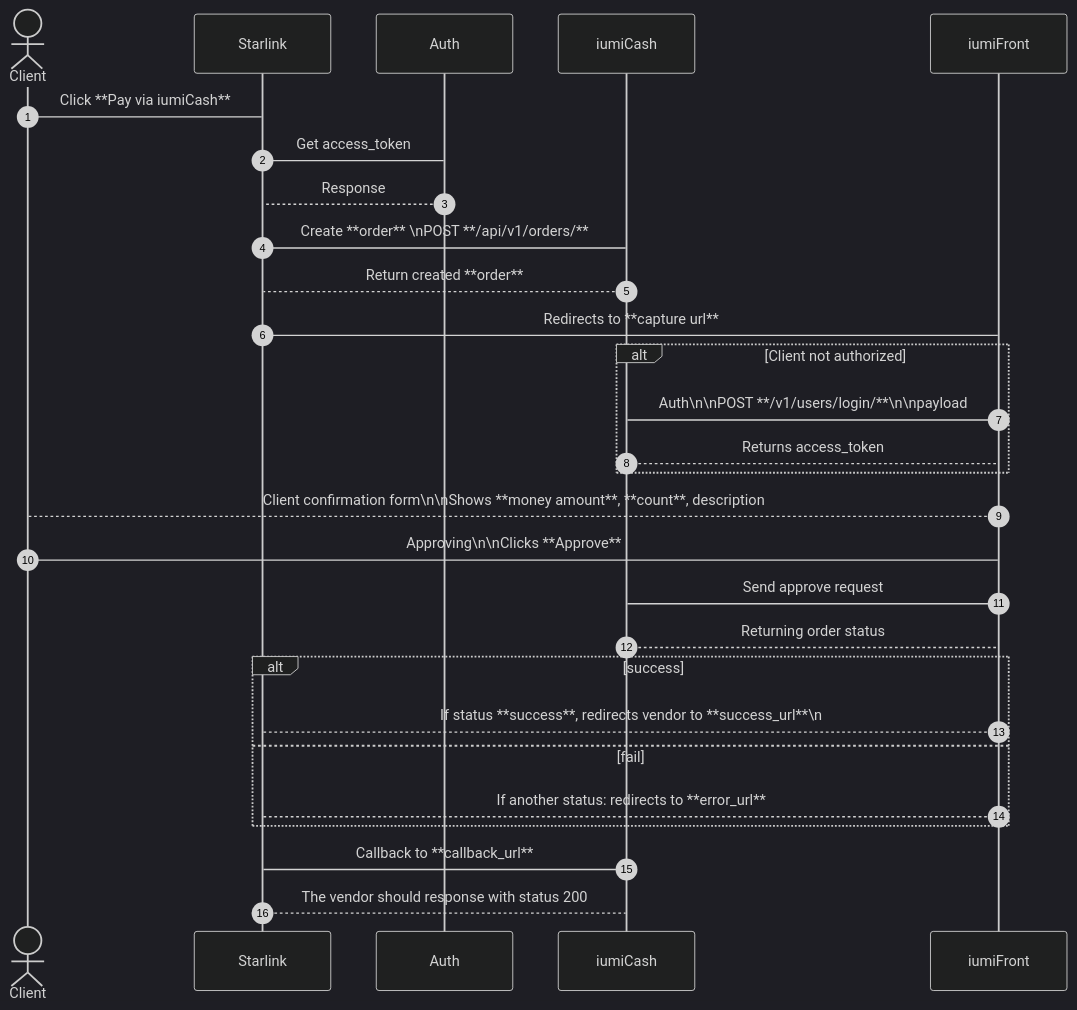
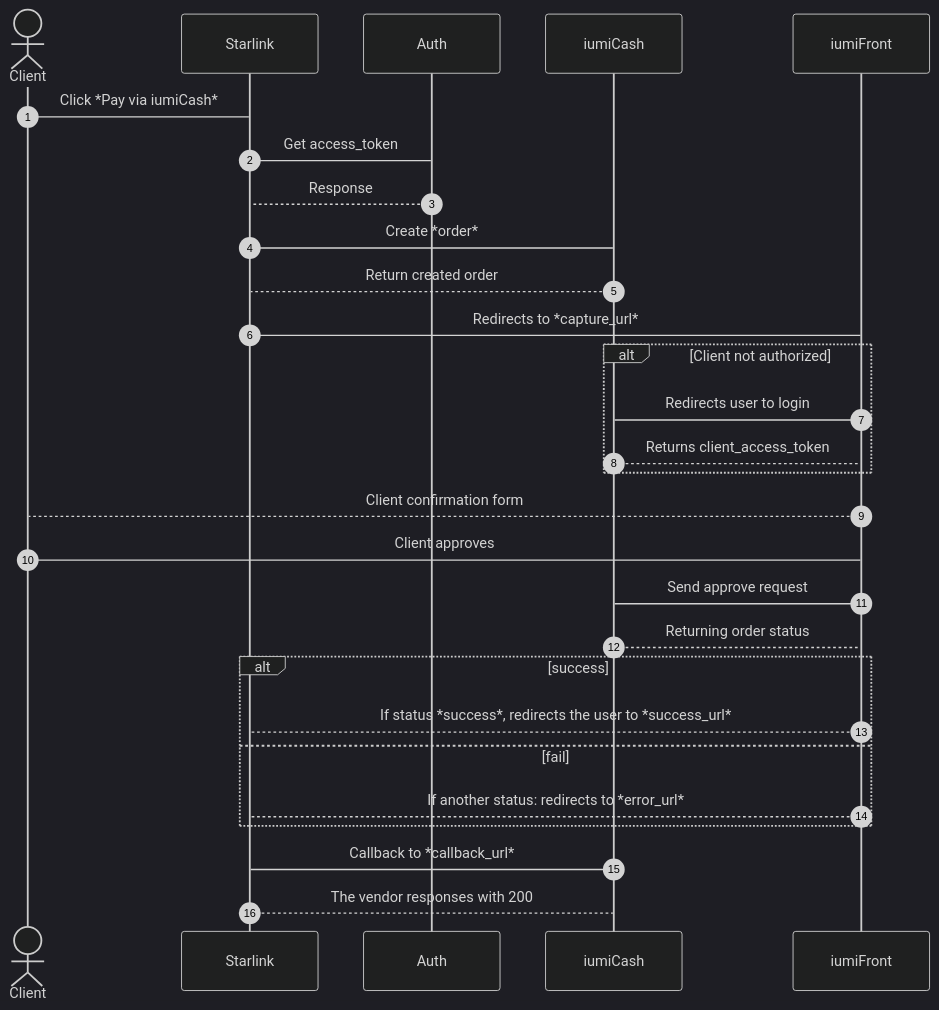
Before and after one commit to iumiCash/iumiCash.github.io: the diagram in docs/diagrams/onetime.md, drawn with Mermaid (dark theme). The commit also changed other lines of this file and 1 other file, not shown here.

Commit message:
one-time payment flow diagram

````diff
--- a/docs/diagrams/onetime.md
+++ b/docs/diagrams/onetime.md
@@ -6,40 +8,39 @@
-```mermaid
-sequenceDiagram
-    autonumber
+    ```mermaid
+    sequenceDiagram
+        autonumber
 
-    actor Client
+        actor Client
 
-    participant Starlink
-    participant Auth
-    participant iumiCash
-    participant iumiFront
+        participant Starlink
+        participant Auth
+        participant iumiCash
+        participant iumiFront
 
-    Client->Starlink:Click **Pay via iumiCash**
+        Client->Starlink: Click *Pay via iumiCash*
 
-    Starlink->Auth:Get access_token
-    Auth-->Starlink:Response
+        Starlink->Auth: Get access_token
+        Auth-->Starlink: Response
 
-    Starlink->iumiCash:Create **order** \nPOST **/api/v1/orders/**
-    iumiCash-->Starlink:Return created **order**
+        Starlink->iumiCash:Create *order*
+        iumiCash-->Starlink:Return created order
 
+        Starlink->iumiFront: Redirects to *capture_url*
+        alt Client not authorized
+        iumiFront->iumiCash: Redirects user to login
+        iumiCash-->iumiFront: Returns client_access_token
+        end
+        iumiFront-->Client: Client confirmation form
+        Client->iumiFront: Client approves
 
-    Starlink->iumiFront: Redirects to **capture url**
-    alt Client not authorized
-    iumiFront->iumiCash: Auth\n\nPOST **/v1/users/login/**\n\npayload
-    iumiCash-->iumiFront: Returns access_token
-    end
-    iumiFront-->Client:Client confirmation form\n\nShows **money amount**, **count**, description
-    Client->iumiFront:Approving\n\nClicks **Approve**
+        iumiFront->iumiCash: Send approve request
+        iumiCash-->iumiFront: Returning order status
+        alt success
+        iumiFront-->Starlink: If status *success*, redirects the user to *success_url*
+        else fail
+        iumiFront-->Starlink: If another status: redirects to *error_url* 
+        end
 
-    iumiFront->iumiCash:Send approve request
-    iumiCash-->iumiFront:Returning order status
-    alt success
-    iumiFront-->Starlink:If status **success**, redirects vendor to **success_url**\n
-    else fail
-    iumiFront-->Starlink:If another status: redirects to **error_url** 
-    end
+        iumiCash->Starlink: Callback to *callback_url*
+        Starlink-->iumiCash: The vendor responses with 200
 
-    iumiCash->Starlink:Callback to **callback_url**
-    Starlink-->iumiCash:The vendor should response with status 200
-
-```
+    ```
````
